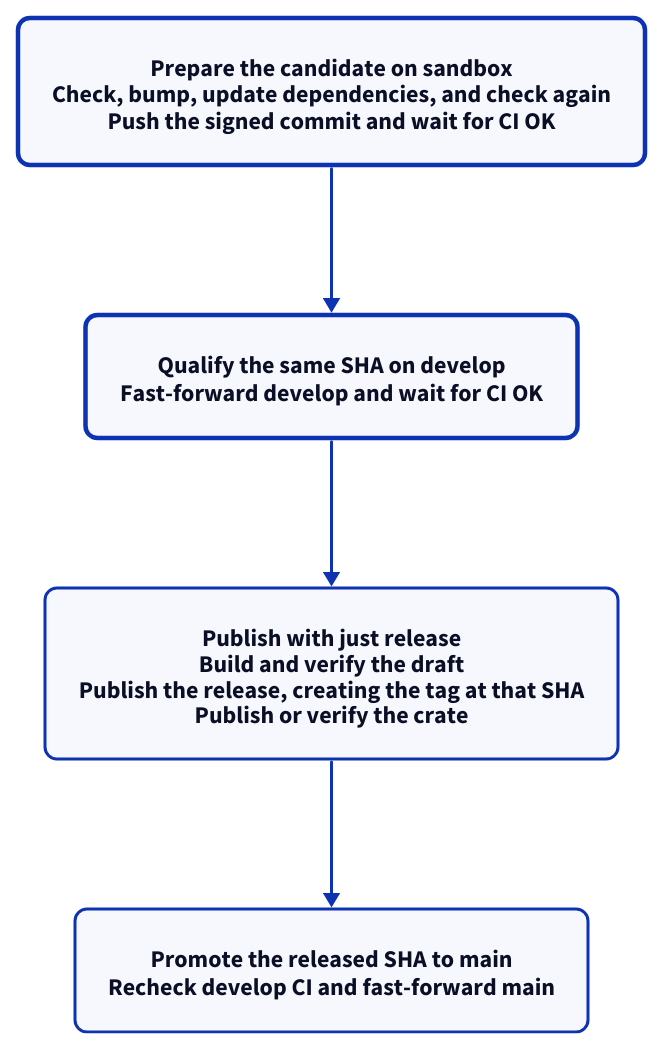
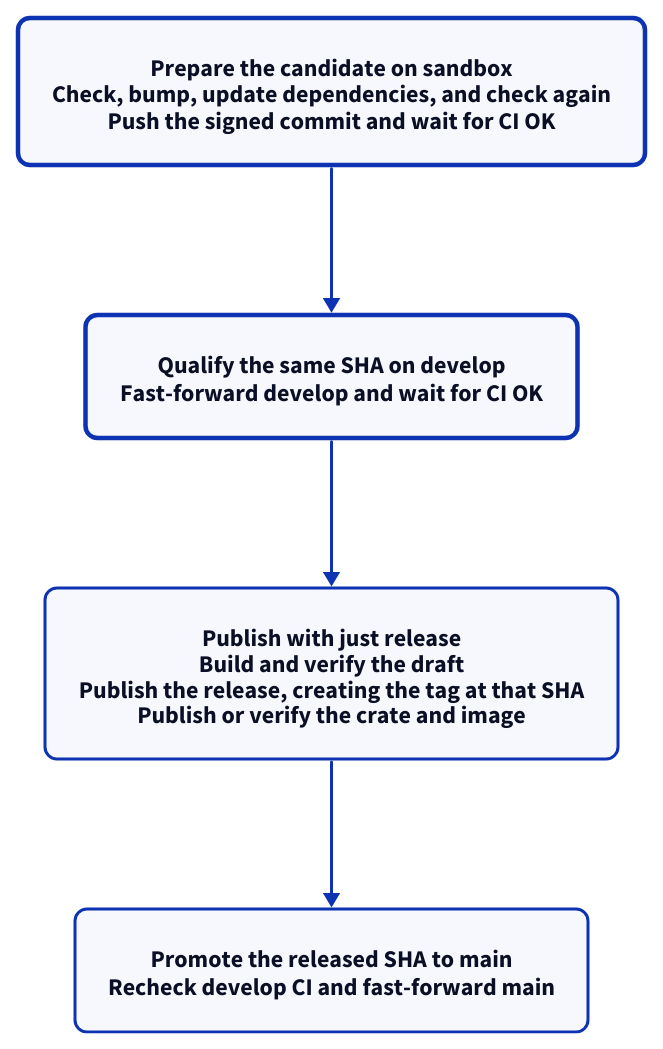
The diagram in .github/diagrams/releasing/overview.d2 (nbari/cron-when), drawn with D2 before and after one commit. The commit also changed 15 other files, not shown here.

Commit message:
Add multi-architecture container images

```diff
--- a/.github/diagrams/releasing/overview.d2
+++ b/.github/diagrams/releasing/overview.d2
@@ -1,26 +1,26 @@
 direction: down
 
 classes: {
   step: {
     style.border-radius: 8
   }
   checkpoint: {
     style.border-radius: 8
     style.stroke-width: 3
   }
 }
 
 sandbox: "Prepare the candidate on sandbox\nCheck, bump, update dependencies, and check again\nPush the signed commit and wait for CI OK" {
   class: checkpoint
 }
 develop: "Qualify the same SHA on develop\nFast-forward develop and wait for CI OK" {
   class: checkpoint
 }
-release: "Publish with just release\nBuild and verify the draft\nPublish the release, creating the tag at that SHA\nPublish or verify the crate" {
+release: "Publish with just release\nBuild and verify the draft\nPublish the release, creating the tag at that SHA\nPublish or verify the crate and image" {
   class: step
 }
 main: "Promote the released SHA to main\nRecheck develop CI and fast-forward main" {
   class: step
 }
 
 sandbox -> develop -> release -> main
```
